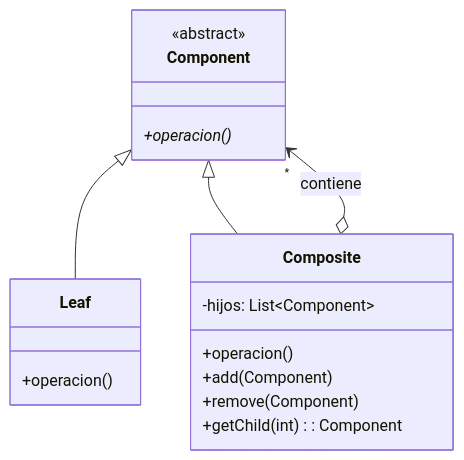
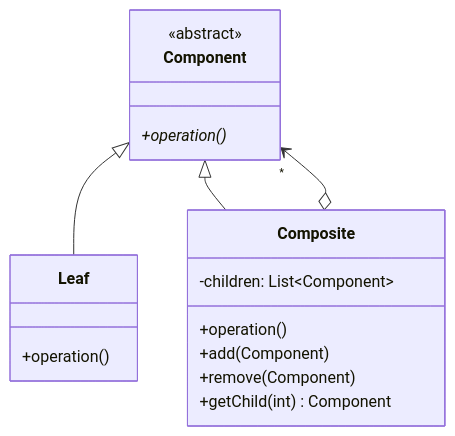
The first of 3 diagrams in OO2/Teoria/Resumenes/Clase4.md (auwus21/Facultad-Informatica-UNLP), drawn with Mermaid before and after one commit. The commit also changed other lines of this file and 34 other files, not shown here.

````diff
--- a/OO2/Teoria/Resumenes/Clase4.md
+++ b/OO2/Teoria/Resumenes/Clase4.md
@@ -55,21 +15,21 @@
 ```mermaid
 classDiagram
     class Component {
         <<abstract>>
-        +operacion()*
+        +operation()*
     }
     class Leaf {
-        +operacion()
+        +operation()
     }
     class Composite {
-        -hijos: List~Component~
-        +operacion()
+        -children: List~Component~
+        +operation()
         +add(Component)
         +remove(Component)
-        +getChild(int): Component
+        +getChild(int) Component
     }
 
     Component <|-- Leaf
     Component <|-- Composite
-    Composite o--> "*" Component : contiene
+    Composite o--> "*" Component
 ```
````
